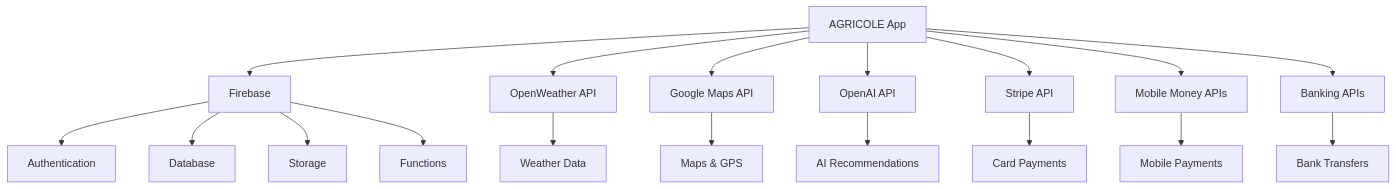
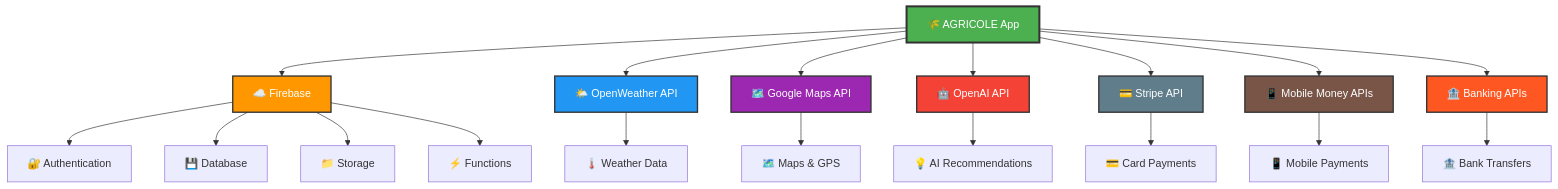
Before and after one commit to MaximeKELI/Projet-AGRICOLE: the ninth of 13 diagrams in README.md, drawn with Mermaid. The commit also changed other lines of this file and 2 other files, not shown here.

````diff
--- a/README.md
+++ b/README.md
@@ -489,22 +882,31 @@
 ```mermaid
 graph TD
-    A[AGRICOLE App] --> B[Firebase]
-    A --> C[OpenWeather API]
-    A --> D[Google Maps API]
-    A --> E[OpenAI API]
-    A --> F[Stripe API]
-    A --> G[Mobile Money APIs]
-    A --> H[Banking APIs]
+    A[🌾 AGRICOLE App] --> B[☁️ Firebase]
+    A --> C[🌤️ OpenWeather API]
+    A --> D[🗺️ Google Maps API]
+    A --> E[🤖 OpenAI API]
+    A --> F[💳 Stripe API]
+    A --> G[📱 Mobile Money APIs]
+    A --> H[🏦 Banking APIs]
     
-    B --> I[Authentication]
-    B --> J[Database]
-    B --> K[Storage]
-    B --> L[Functions]
+    B --> I[🔐 Authentication]
+    B --> J[💾 Database]
+    B --> K[📁 Storage]
+    B --> L[⚡ Functions]
     
-    C --> M[Weather Data]
-    D --> N[Maps & GPS]
-    E --> O[AI Recommendations]
-    F --> P[Card Payments]
-    G --> Q[Mobile Payments]
-    H --> R[Bank Transfers]
+    C --> M[🌡️ Weather Data]
+    D --> N[🗺️ Maps & GPS]
+    E --> O[💡 AI Recommendations]
+    F --> P[💳 Card Payments]
+    G --> Q[📱 Mobile Payments]
+    H --> R[🏦 Bank Transfers]
+    
+    style A fill:#4CAF50,stroke:#333,stroke-width:3px,color:#fff
+    style B fill:#FF9800,stroke:#333,stroke-width:2px,color:#fff
+    style C fill:#2196F3,stroke:#333,stroke-width:2px,color:#fff
+    style D fill:#9C27B0,stroke:#333,stroke-width:2px,color:#fff
+    style E fill:#F44336,stroke:#333,stroke-width:2px,color:#fff
+    style F fill:#607D8B,stroke:#333,stroke-width:2px,color:#fff
+    style G fill:#795548,stroke:#333,stroke-width:2px,color:#fff
+    style H fill:#FF5722,stroke:#333,stroke-width:2px,color:#fff
 ```
````
